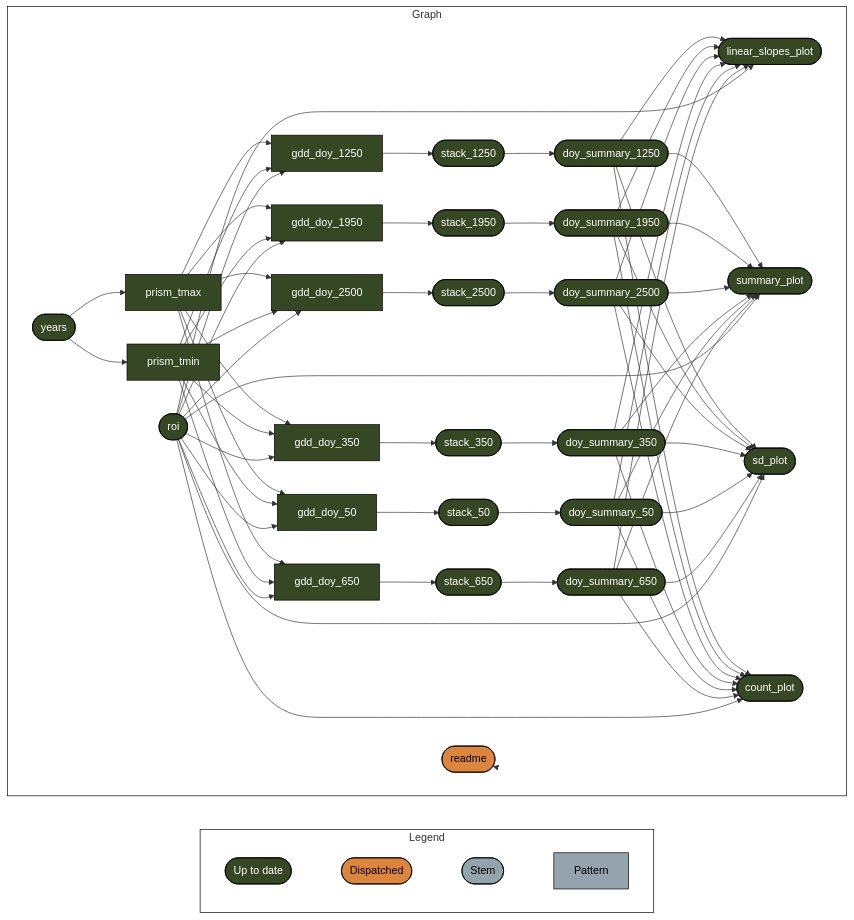
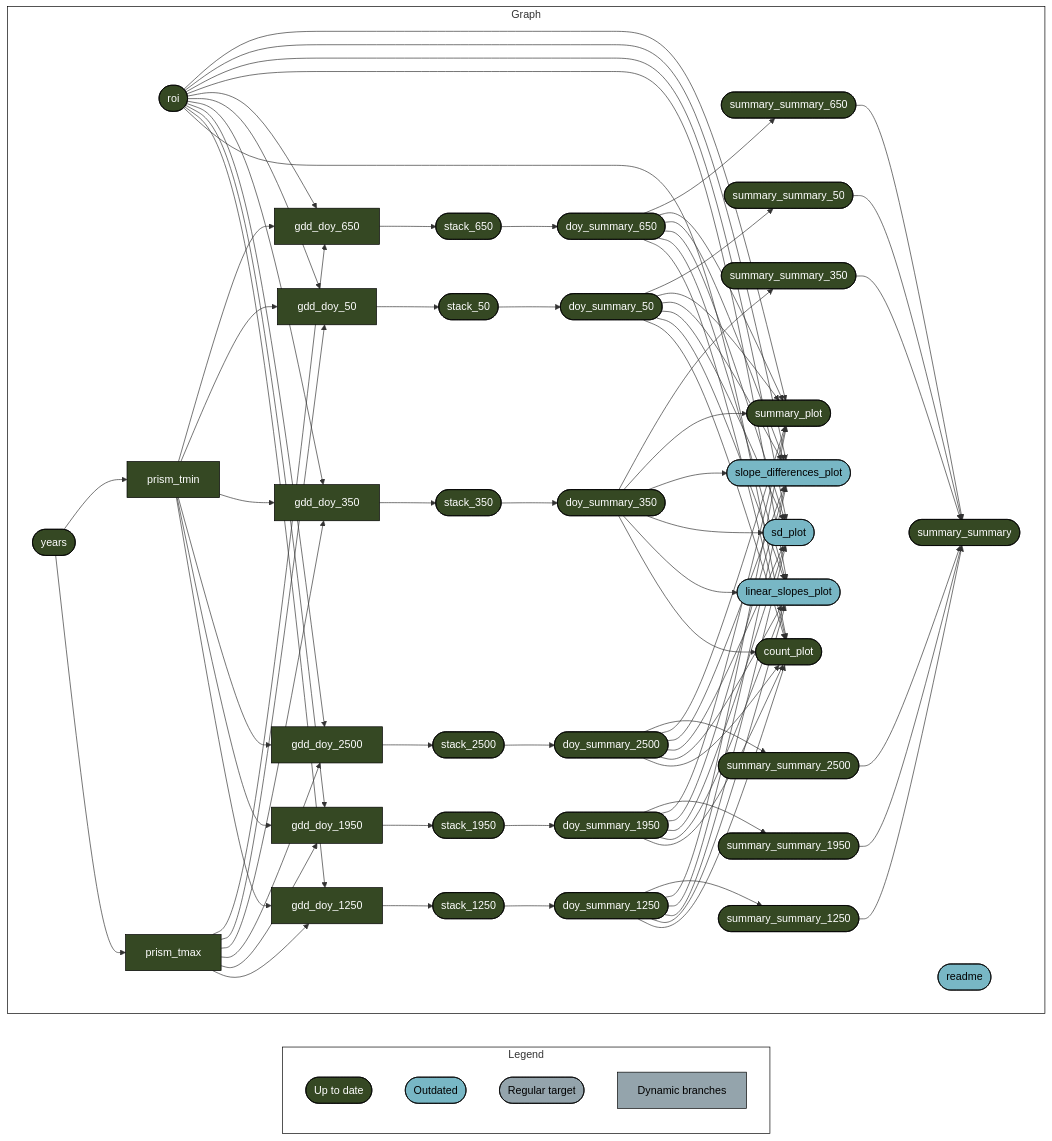
The diagram in README.md (usa-npn/thermal-trends), drawn with Mermaid before and after one commit. The commit also changed other lines of this file and 2 other files, not shown here.

Commit message:
update readme badge

````diff
--- a/README.md
+++ b/README.md
@@ -57,80 +57,95 @@
   style Legend fill:#FFFFFF00,stroke:#000000;
   style Graph fill:#FFFFFF00,stroke:#000000;
   subgraph Legend
-    direction LR
-    xf1522833a4d242c5([""Up to date""]):::uptodate --- xb6630624a7b3aa0f([""Dispatched""]):::dispatched
-    xb6630624a7b3aa0f([""Dispatched""]):::dispatched --- xd03d7c7dd2ddda2b([""Stem""]):::none
-    xd03d7c7dd2ddda2b([""Stem""]):::none --- x6f7e04ea3427f824[""Pattern""]:::none
+    xf1522833a4d242c5(["Up to date"]):::uptodate
+    x2db1ec7a48f65a9b(["Outdated"]):::outdated
+    xd03d7c7dd2ddda2b(["Regular target"]):::none
+    x6f7e04ea3427f824["Dynamic branches"]:::none
   end
   subgraph Graph
     direction LR
-    x2fee061101c79ea2["gdd_doy_1950"]:::uptodate --> x8aa20a6b22429bc6(["stack_1950"]):::uptodate
-    xb76c0bbea0c751b0["prism_tmax"]:::uptodate --> x28c62ae9542e7849["gdd_doy_2500"]:::uptodate
-    xcaf68fce9acaa5b6["prism_tmin"]:::uptodate --> x28c62ae9542e7849["gdd_doy_2500"]:::uptodate
-    x73ccc223e5bb7e64(["roi"]):::uptodate --> x28c62ae9542e7849["gdd_doy_2500"]:::uptodate
-    xb76c0bbea0c751b0["prism_tmax"]:::uptodate --> x2d1ead242fc1f865["gdd_doy_350"]:::uptodate
-    xcaf68fce9acaa5b6["prism_tmin"]:::uptodate --> x2d1ead242fc1f865["gdd_doy_350"]:::uptodate
-    x73ccc223e5bb7e64(["roi"]):::uptodate --> x2d1ead242fc1f865["gdd_doy_350"]:::uptodate
-    xe7a2595a28ea2e04(["doy_summary_1250"]):::uptodate --> x9a95e37bbec60034(["linear_slopes_plot"]):::uptodate
-    xc884cdd4fb17c69f(["doy_summary_1950"]):::uptodate --> x9a95e37bbec60034(["linear_slopes_plot"]):::uptodate
-    xd187396e35b9df6a(["doy_summary_2500"]):::uptodate --> x9a95e37bbec60034(["linear_slopes_plot"]):::uptodate
-    xe3bc9075e32f80ca(["doy_summary_350"]):::uptodate --> x9a95e37bbec60034(["linear_slopes_plot"]):::uptodate
-    xdc621d8734e6de6d(["doy_summary_50"]):::uptodate --> x9a95e37bbec60034(["linear_slopes_plot"]):::uptodate
-    xd36e999b706381d6(["doy_summary_650"]):::uptodate --> x9a95e37bbec60034(["linear_slopes_plot"]):::uptodate
-    x73ccc223e5bb7e64(["roi"]):::uptodate --> x9a95e37bbec60034(["linear_slopes_plot"]):::uptodate
-    xf9ac23fbc741da6f(["years"]):::uptodate --> xb76c0bbea0c751b0["prism_tmax"]:::uptodate
-    xb76c0bbea0c751b0["prism_tmax"]:::uptodate --> x786a1a0a06ddc553["gdd_doy_50"]:::uptodate
-    xcaf68fce9acaa5b6["prism_tmin"]:::uptodate --> x786a1a0a06ddc553["gdd_doy_50"]:::uptodate
-    x73ccc223e5bb7e64(["roi"]):::uptodate --> x786a1a0a06ddc553["gdd_doy_50"]:::uptodate
+    xc884cdd4fb17c69f(["doy_summary_1950"]):::uptodate --> x11c2bf776c83b19c(["count_plot"]):::uptodate
+    xd187396e35b9df6a(["doy_summary_2500"]):::uptodate --> x11c2bf776c83b19c(["count_plot"]):::uptodate
+    xe3bc9075e32f80ca(["doy_summary_350"]):::uptodate --> x11c2bf776c83b19c(["count_plot"]):::uptodate
+    x73ccc223e5bb7e64(["roi"]):::uptodate --> x11c2bf776c83b19c(["count_plot"]):::uptodate
+    xdc621d8734e6de6d(["doy_summary_50"]):::uptodate --> x11c2bf776c83b19c(["count_plot"]):::uptodate
+    xe7a2595a28ea2e04(["doy_summary_1250"]):::uptodate --> x11c2bf776c83b19c(["count_plot"]):::uptodate
+    xd36e999b706381d6(["doy_summary_650"]):::uptodate --> x11c2bf776c83b19c(["count_plot"]):::uptodate
+    x3290bd5727894db5(["stack_1250"]):::uptodate --> xe7a2595a28ea2e04(["doy_summary_1250"]):::uptodate
+    x8aa20a6b22429bc6(["stack_1950"]):::uptodate --> xc884cdd4fb17c69f(["doy_summary_1950"]):::uptodate
+    x9bfde4bdb66389ab(["stack_2500"]):::uptodate --> xd187396e35b9df6a(["doy_summary_2500"]):::uptodate
     xc842f879425cacb9(["stack_350"]):::uptodate --> xe3bc9075e32f80ca(["doy_summary_350"]):::uptodate
-    xb76c0bbea0c751b0["prism_tmax"]:::uptodate --> x6672cfab7f0558ba["gdd_doy_650"]:::uptodate
-    xcaf68fce9acaa5b6["prism_tmin"]:::uptodate --> x6672cfab7f0558ba["gdd_doy_650"]:::uptodate
-    x73ccc223e5bb7e64(["roi"]):::uptodate --> x6672cfab7f0558ba["gdd_doy_650"]:::uptodate
-    xf9ac23fbc741da6f(["years"]):::uptodate --> xcaf68fce9acaa5b6["prism_tmin"]:::uptodate
+    xff5a5197cb4eb936(["stack_50"]):::uptodate --> xdc621d8734e6de6d(["doy_summary_50"]):::uptodate
     x98420a84329bc56b(["stack_650"]):::uptodate --> xd36e999b706381d6(["doy_summary_650"]):::uptodate
+    x73ccc223e5bb7e64(["roi"]):::uptodate --> xc8e128aab3cd4a9e["gdd_doy_1250"]:::uptodate
+    xb76c0bbea0c751b0["prism_tmax"]:::uptodate --> xc8e128aab3cd4a9e["gdd_doy_1250"]:::uptodate
+    xcaf68fce9acaa5b6["prism_tmin"]:::uptodate --> xc8e128aab3cd4a9e["gdd_doy_1250"]:::uptodate
     xb76c0bbea0c751b0["prism_tmax"]:::uptodate --> x2fee061101c79ea2["gdd_doy_1950"]:::uptodate
     xcaf68fce9acaa5b6["prism_tmin"]:::uptodate --> x2fee061101c79ea2["gdd_doy_1950"]:::uptodate
     x73ccc223e5bb7e64(["roi"]):::uptodate --> x2fee061101c79ea2["gdd_doy_1950"]:::uptodate
-    x8aa20a6b22429bc6(["stack_1950"]):::uptodate --> xc884cdd4fb17c69f(["doy_summary_1950"]):::uptodate
-    xff5a5197cb4eb936(["stack_50"]):::uptodate --> xdc621d8734e6de6d(["doy_summary_50"]):::uptodate
+    xcaf68fce9acaa5b6["prism_tmin"]:::uptodate --> x28c62ae9542e7849["gdd_doy_2500"]:::uptodate
+    xb76c0bbea0c751b0["prism_tmax"]:::uptodate --> x28c62ae9542e7849["gdd_doy_2500"]:::uptodate
+    x73ccc223e5bb7e64(["roi"]):::uptodate --> x28c62ae9542e7849["gdd_doy_2500"]:::uptodate
+    x73ccc223e5bb7e64(["roi"]):::uptodate --> x2d1ead242fc1f865["gdd_doy_350"]:::uptodate
+    xb76c0bbea0c751b0["prism_tmax"]:::uptodate --> x2d1ead242fc1f865["gdd_doy_350"]:::uptodate
+    xcaf68fce9acaa5b6["prism_tmin"]:::uptodate --> x2d1ead242fc1f865["gdd_doy_350"]:::uptodate
+    x73ccc223e5bb7e64(["roi"]):::uptodate --> x786a1a0a06ddc553["gdd_doy_50"]:::uptodate
+    xcaf68fce9acaa5b6["prism_tmin"]:::uptodate --> x786a1a0a06ddc553["gdd_doy_50"]:::uptodate
+    xb76c0bbea0c751b0["prism_tmax"]:::uptodate --> x786a1a0a06ddc553["gdd_doy_50"]:::uptodate
+    x73ccc223e5bb7e64(["roi"]):::uptodate --> x6672cfab7f0558ba["gdd_doy_650"]:::uptodate
+    xcaf68fce9acaa5b6["prism_tmin"]:::uptodate --> x6672cfab7f0558ba["gdd_doy_650"]:::uptodate
+    xb76c0bbea0c751b0["prism_tmax"]:::uptodate --> x6672cfab7f0558ba["gdd_doy_650"]:::uptodate
+    xe7a2595a28ea2e04(["doy_summary_1250"]):::uptodate --> x9a95e37bbec60034(["linear_slopes_plot"]):::outdated
+    xc884cdd4fb17c69f(["doy_summary_1950"]):::uptodate --> x9a95e37bbec60034(["linear_slopes_plot"]):::outdated
+    x73ccc223e5bb7e64(["roi"]):::uptodate --> x9a95e37bbec60034(["linear_slopes_plot"]):::outdated
+    xd187396e35b9df6a(["doy_summary_2500"]):::uptodate --> x9a95e37bbec60034(["linear_slopes_plot"]):::outdated
+    xe3bc9075e32f80ca(["doy_summary_350"]):::uptodate --> x9a95e37bbec60034(["linear_slopes_plot"]):::outdated
+    xdc621d8734e6de6d(["doy_summary_50"]):::uptodate --> x9a95e37bbec60034(["linear_slopes_plot"]):::outdated
+    xd36e999b706381d6(["doy_summary_650"]):::uptodate --> x9a95e37bbec60034(["linear_slopes_plot"]):::outdated
+    xf9ac23fbc741da6f(["years"]):::uptodate --> xb76c0bbea0c751b0["prism_tmax"]:::uptodate
+    xf9ac23fbc741da6f(["years"]):::uptodate --> xcaf68fce9acaa5b6["prism_tmin"]:::uptodate
+    xe3bc9075e32f80ca(["doy_summary_350"]):::uptodate --> x1a7be1bbbb0646ca(["sd_plot"]):::outdated
+    xe7a2595a28ea2e04(["doy_summary_1250"]):::uptodate --> x1a7be1bbbb0646ca(["sd_plot"]):::outdated
+    xc884cdd4fb17c69f(["doy_summary_1950"]):::uptodate --> x1a7be1bbbb0646ca(["sd_plot"]):::outdated
+    xd36e999b706381d6(["doy_summary_650"]):::uptodate --> x1a7be1bbbb0646ca(["sd_plot"]):::outdated
+    x73ccc223e5bb7e64(["roi"]):::uptodate --> x1a7be1bbbb0646ca(["sd_plot"]):::outdated
+    xdc621d8734e6de6d(["doy_summary_50"]):::uptodate --> x1a7be1bbbb0646ca(["sd_plot"]):::outdated
+    xd187396e35b9df6a(["doy_summary_2500"]):::uptodate --> x1a7be1bbbb0646ca(["sd_plot"]):::outdated
+    xe7a2595a28ea2e04(["doy_summary_1250"]):::uptodate --> x37fe5b550c0a1008(["slope_differences_plot"]):::outdated
+    xe3bc9075e32f80ca(["doy_summary_350"]):::uptodate --> x37fe5b550c0a1008(["slope_differences_plot"]):::outdated
+    x73ccc223e5bb7e64(["roi"]):::uptodate --> x37fe5b550c0a1008(["slope_differences_plot"]):::outdated
+    xdc621d8734e6de6d(["doy_summary_50"]):::uptodate --> x37fe5b550c0a1008(["slope_differences_plot"]):::outdated
+    xd36e999b706381d6(["doy_summary_650"]):::uptodate --> x37fe5b550c0a1008(["slope_differences_plot"]):::outdated
+    xc884cdd4fb17c69f(["doy_summary_1950"]):::uptodate --> x37fe5b550c0a1008(["slope_differences_plot"]):::outdated
+    xd187396e35b9df6a(["doy_summary_2500"]):::uptodate --> x37fe5b550c0a1008(["slope_differences_plot"]):::outdated
+    xc8e128aab3cd4a9e["gdd_doy_1250"]:::uptodate --> x3290bd5727894db5(["stack_1250"]):::uptodate
+    x2fee061101c79ea2["gdd_doy_1950"]:::uptodate --> x8aa20a6b22429bc6(["stack_1950"]):::uptodate
+    x28c62ae9542e7849["gdd_doy_2500"]:::uptodate --> x9bfde4bdb66389ab(["stack_2500"]):::uptodate
+    x2d1ead242fc1f865["gdd_doy_350"]:::uptodate --> xc842f879425cacb9(["stack_350"]):::uptodate
     x786a1a0a06ddc553["gdd_doy_50"]:::uptodate --> xff5a5197cb4eb936(["stack_50"]):::uptodate
-    x2d1ead242fc1f865["gdd_doy_350"]:::uptodate --> xc842f879425cacb9(["stack_350"]):::uptodate
-    xb76c0bbea0c751b0["prism_tmax"]:::uptodate --> xc8e128aab3cd4a9e["gdd_doy_1250"]:::uptodate
-    xcaf68fce9acaa5b6["prism_tmin"]:::uptodate --> xc8e128aab3cd4a9e["gdd_doy_1250"]:::uptodate
-    x73ccc223e5bb7e64(["roi"]):::uptodate --> xc8e128aab3cd4a9e["gdd_doy_1250"]:::uptodate
-    x3290bd5727894db5(["stack_1250"]):::uptodate --> xe7a2595a28ea2e04(["doy_summary_1250"]):::uptodate
-    x9bfde4bdb66389ab(["stack_2500"]):::uptodate --> xd187396e35b9df6a(["doy_summary_2500"]):::uptodate
-    x28c62ae9542e7849["gdd_doy_2500"]:::uptodate --> x9bfde4bdb66389ab(["stack_2500"]):::uptodate
+    x6672cfab7f0558ba["gdd_doy_650"]:::uptodate --> x98420a84329bc56b(["stack_650"]):::uptodate
     xe7a2595a28ea2e04(["doy_summary_1250"]):::uptodate --> x000fd996de9c9b5d(["summary_plot"]):::uptodate
     xc884cdd4fb17c69f(["doy_summary_1950"]):::uptodate --> x000fd996de9c9b5d(["summary_plot"]):::uptodate
+    xe3bc9075e32f80ca(["doy_summary_350"]):::uptodate --> x000fd996de9c9b5d(["summary_plot"]):::uptodate
+    x73ccc223e5bb7e64(["roi"]):::uptodate --> x000fd996de9c9b5d(["summary_plot"]):::uptodate
+    xdc621d8734e6de6d(["doy_summary_50"]):::uptodate --> x000fd996de9c9b5d(["summary_plot"]):::uptodate
     xd187396e35b9df6a(["doy_summary_2500"]):::uptodate --> x000fd996de9c9b5d(["summary_plot"]):::uptodate
-    xe3bc9075e32f80ca(["doy_summary_350"]):::uptodate --> x000fd996de9c9b5d(["summary_plot"]):::uptodate
-    xdc621d8734e6de6d(["doy_summary_50"]):::uptodate --> x000fd996de9c9b5d(["summary_plot"]):::uptodate
     xd36e999b706381d6(["doy_summary_650"]):::uptodate --> x000fd996de9c9b5d(["summary_plot"]):::uptodate
-    x73ccc223e5bb7e64(["roi"]):::uptodate --> x000fd996de9c9b5d(["summary_plot"]):::uptodate
-    x6672cfab7f0558ba["gdd_doy_650"]:::uptodate --> x98420a84329bc56b(["stack_650"]):::uptodate
-    xe7a2595a28ea2e04(["doy_summary_1250"]):::uptodate --> x1a7be1bbbb0646ca(["sd_plot"]):::uptodate
-    xc884cdd4fb17c69f(["doy_summary_1950"]):::uptodate --> x1a7be1bbbb0646ca(["sd_plot"]):::uptodate
-    xd187396e35b9df6a(["doy_summary_2500"]):::uptodate --> x1a7be1bbbb0646ca(["sd_plot"]):::uptodate
-    xe3bc9075e32f80ca(["doy_summary_350"]):::uptodate --> x1a7be1bbbb0646ca(["sd_plot"]):::uptodate
-    xdc621d8734e6de6d(["doy_summary_50"]):::uptodate --> x1a7be1bbbb0646ca(["sd_plot"]):::uptodate
-    xd36e999b706381d6(["doy_summary_650"]):::uptodate --> x1a7be1bbbb0646ca(["sd_plot"]):::uptodate
-    x73ccc223e5bb7e64(["roi"]):::uptodate --> x1a7be1bbbb0646ca(["sd_plot"]):::uptodate
-    xc8e128aab3cd4a9e["gdd_doy_1250"]:::uptodate --> x3290bd5727894db5(["stack_1250"]):::uptodate
-    xe7a2595a28ea2e04(["doy_summary_1250"]):::uptodate --> x11c2bf776c83b19c(["count_plot"]):::uptodate
-    xc884cdd4fb17c69f(["doy_summary_1950"]):::uptodate --> x11c2bf776c83b19c(["count_plot"]):::uptodate
-    xd187396e35b9df6a(["doy_summary_2500"]):::uptodate --> x11c2bf776c83b19c(["count_plot"]):::uptodate
-    xe3bc9075e32f80ca(["doy_summary_350"]):::uptodate --> x11c2bf776c83b19c(["count_plot"]):::uptodate
-    xdc621d8734e6de6d(["doy_summary_50"]):::uptodate --> x11c2bf776c83b19c(["count_plot"]):::uptodate
-    xd36e999b706381d6(["doy_summary_650"]):::uptodate --> x11c2bf776c83b19c(["count_plot"]):::uptodate
-    x73ccc223e5bb7e64(["roi"]):::uptodate --> x11c2bf776c83b19c(["count_plot"]):::uptodate
-    xc11069275cfeb620(["readme"]):::dispatched --> xc11069275cfeb620(["readme"]):::dispatched
+    x21512ad81bd47b85(["summary_summary_1250"]):::uptodate --> xeb07a0ecc48d018b(["summary_summary"]):::uptodate
+    x22d1d76737e8c96c(["summary_summary_1950"]):::uptodate --> xeb07a0ecc48d018b(["summary_summary"]):::uptodate
+    x98d5cb9b25df8fa2(["summary_summary_2500"]):::uptodate --> xeb07a0ecc48d018b(["summary_summary"]):::uptodate
+    x482d008952893a57(["summary_summary_350"]):::uptodate --> xeb07a0ecc48d018b(["summary_summary"]):::uptodate
+    xd673ca3454c59fd6(["summary_summary_50"]):::uptodate --> xeb07a0ecc48d018b(["summary_summary"]):::uptodate
+    x8817687a9adb871f(["summary_summary_650"]):::uptodate --> xeb07a0ecc48d018b(["summary_summary"]):::uptodate
+    xe7a2595a28ea2e04(["doy_summary_1250"]):::uptodate --> x21512ad81bd47b85(["summary_summary_1250"]):::uptodate
+    xc884cdd4fb17c69f(["doy_summary_1950"]):::uptodate --> x22d1d76737e8c96c(["summary_summary_1950"]):::uptodate
+    xd187396e35b9df6a(["doy_summary_2500"]):::uptodate --> x98d5cb9b25df8fa2(["summary_summary_2500"]):::uptodate
+    xe3bc9075e32f80ca(["doy_summary_350"]):::uptodate --> x482d008952893a57(["summary_summary_350"]):::uptodate
+    xdc621d8734e6de6d(["doy_summary_50"]):::uptodate --> xd673ca3454c59fd6(["summary_summary_50"]):::uptodate
+    xd36e999b706381d6(["doy_summary_650"]):::uptodate --> x8817687a9adb871f(["summary_summary_650"]):::uptodate
+    xc11069275cfeb620(["readme"]):::outdated
   end
   classDef uptodate stroke:#000000,color:#ffffff,fill:#354823;
-  classDef dispatched stroke:#000000,color:#000000,fill:#DC863B;
+  classDef outdated stroke:#000000,color:#000000,fill:#78B7C5;
   classDef none stroke:#000000,color:#000000,fill:#94a4ac;
-  linkStyle 0 stroke-width:0px;
-  linkStyle 1 stroke-width:0px;
-  linkStyle 2 stroke-width:0px;
-  linkStyle 63 stroke-width:0px;
 ```
````
